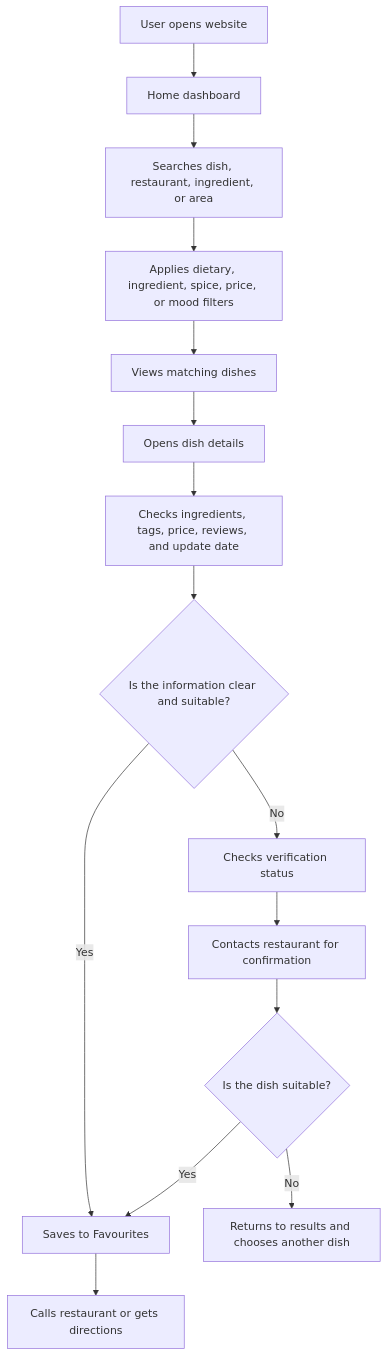
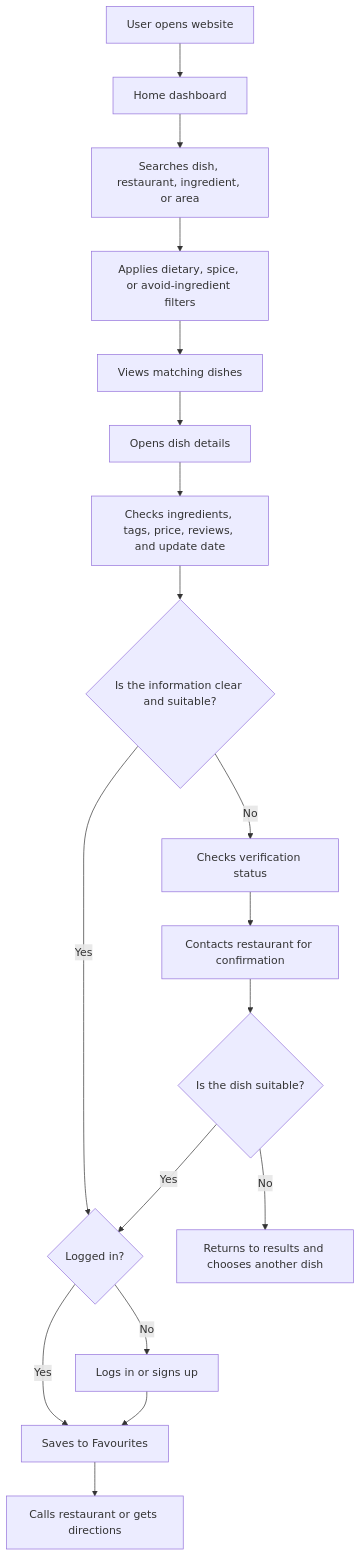
The first of 4 diagrams in docs/MVP_ideation.md (dixitakshara96/Bhookh.exe), drawn with Mermaid before and after one commit. The commit also changed other lines of this file, not shown here.

````diff
--- a/docs/MVP_ideation.md
+++ b/docs/MVP_ideation.md
@@ -126,17 +130,20 @@
 ```mermaid
 flowchart TD
     A[User opens website] --> B[Home dashboard]
     B --> C[Searches dish, restaurant, ingredient, or area]
-    C --> D[Applies dietary, ingredient, spice, price, or mood filters]
+    C --> D[Applies dietary, spice, or avoid-ingredient filters]
     D --> E[Views matching dishes]
     E --> F[Opens dish details]
     F --> G[Checks ingredients, tags, price, reviews, and update date]
     G --> H{Is the information clear and suitable?}
-    H -->|Yes| I[Saves to Favourites]
+    H -->|Yes| LG{Logged in?}
+    LG -->|Yes| I[Saves to Favourites]
+    LG -->|No| LI[Logs in or signs up]
+    LI --> I
     I --> J[Calls restaurant or gets directions]
     H -->|No| K[Checks verification status]
     K --> L[Contacts restaurant for confirmation]
     L --> M{Is the dish suitable?}
-    M -->|Yes| I
+    M -->|Yes| LG
     M -->|No| N[Returns to results and chooses another dish]
 ```
````
